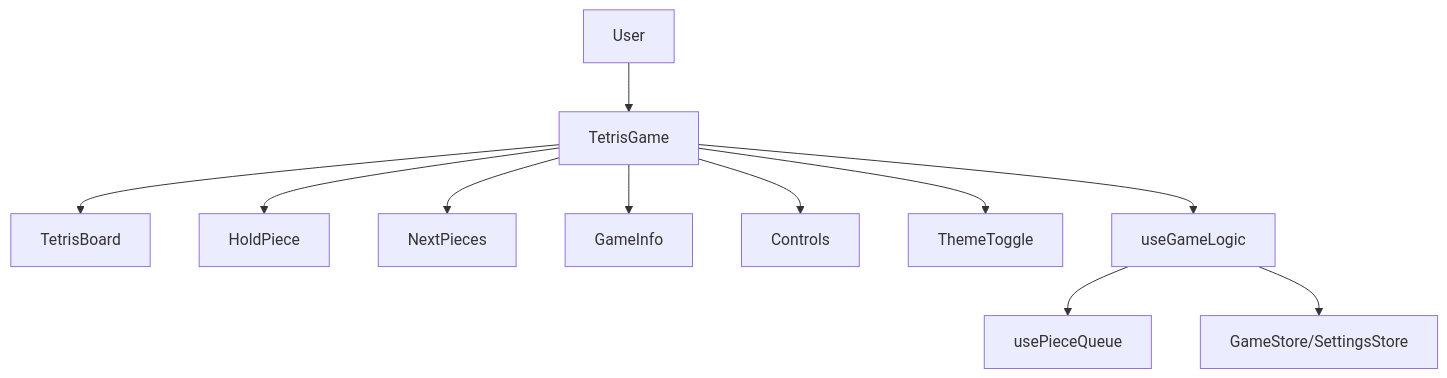
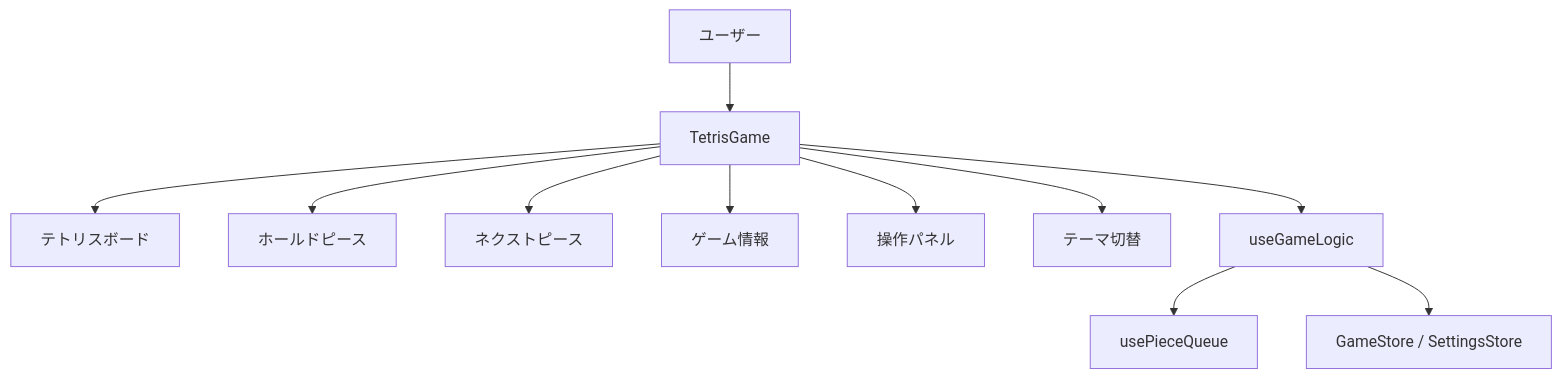
Before and after one commit to garchomp-game/tetris-create-test-codex_gpt5: the first of 3 diagrams in docs/design.md, drawn with Mermaid. The commit also changed other lines of this file and 1 other file, not shown here.

Commit message:
Translate documentation to Japanese and fix class diagram

````diff
--- a/docs/design.md
+++ b/docs/design.md
@@ -4,13 +4,13 @@
 ```mermaid
 graph TD
-  User --> App[TetrisGame]
-  App --> Board[TetrisBoard]
-  App --> Hold[HoldPiece]
-  App --> Next[NextPieces]
-  App --> Info[GameInfo]
-  App --> Controls[Controls]
-  App --> Theme[ThemeToggle]
+  User[ユーザー] --> App[TetrisGame]
+  App --> Board[テトリスボード]
+  App --> Hold[ホールドピース]
+  App --> Next[ネクストピース]
+  App --> Info[ゲーム情報]
+  App --> Controls[操作パネル]
+  App --> Theme[テーマ切替]
   App --> Logic[useGameLogic]
   Logic --> Queue[usePieceQueue]
-  Logic --> Stores[GameStore/SettingsStore]
+  Logic --> Stores[GameStore / SettingsStore]
 ```
````
